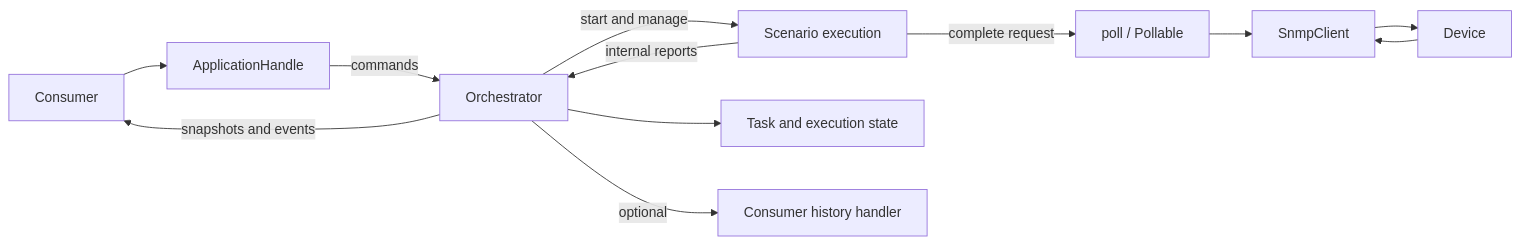
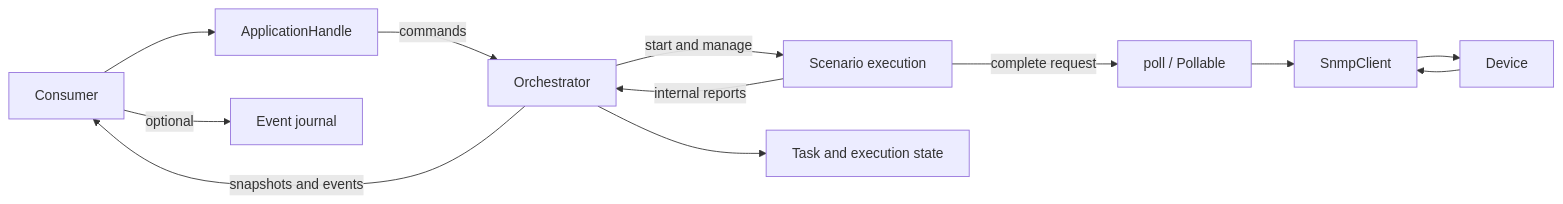
The diagram in ARCHITECTURE.md (unnmd88/traffic-engineer-tools), drawn with Mermaid before and after one commit. The commit also changed other lines of this file and 10 other files, not shown here.

First line of the commit message:
refactor(monitor): remove the orchestrator history sink

````diff
--- a/ARCHITECTURE.md
+++ b/ARCHITECTURE.md
@@ -78,14 +78,14 @@
 ```mermaid
 flowchart LR
     Consumer[Consumer] --> Handle[ApplicationHandle]
     Handle -->|commands| Orchestrator[Orchestrator]
     Orchestrator -->|start and manage| Scenario[Scenario execution]
     Scenario -->|complete request| Poll[poll / Pollable]
     Poll --> Client[SnmpClient]
     Client --> Device[Device]
     Device --> Client
     Scenario -->|internal reports| Orchestrator
     Orchestrator --> State[Task and execution state]
     Orchestrator -->|snapshots and events| Consumer
-    Orchestrator -->|optional| History[Consumer history handler]
+    Consumer -->|optional| History[Event journal]
 ```
````
